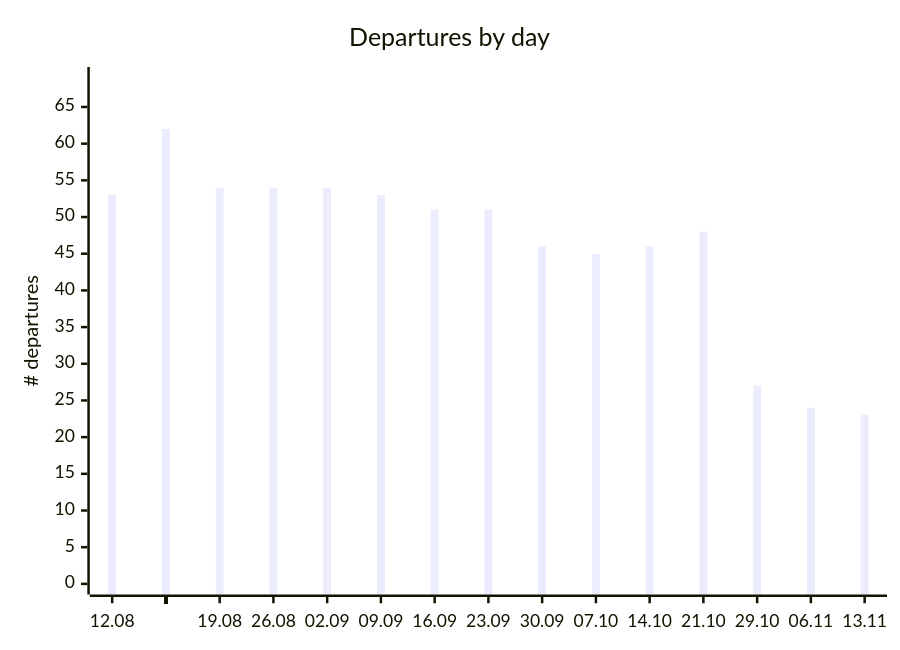
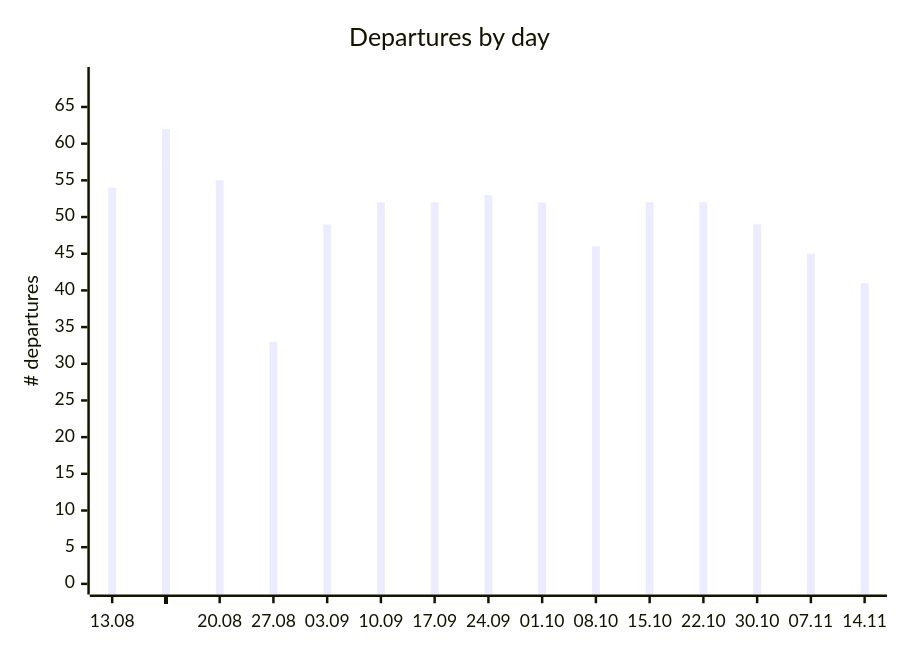
The first of 2 diagrams in README.md (rainermesi/tll-airport-departures), drawn with Mermaid before and after one commit. The commit also changed other lines of this file and 3 other files, not shown here.

````diff
--- a/README.md
+++ b/README.md
@@ -65,12 +65,12 @@
 ```mermaid
 ---
 xyChart:
     xAxis:
       labelFontSize: 8
 ---
 xychart-beta
     title "Departures by day"
-    x-axis ["12.08", " ", " ", " ", " ", " ", " ", "19.08", " ", " ", " ", " ", " ", " ", "26.08", " ", " ", " ", " ", " ", " ", "02.09", " ", " ", " ", " ", " ", " ", "09.09", " ", " ", " ", " ", " ", " ", "16.09", " ", " ", " ", " ", " ", " ", "23.09", " ", " ", " ", " ", " ", " ", "30.09", " ", " ", " ", " ", " ", " ", "07.10", " ", " ", " ", " ", " ", " ", "14.10", " ", " ", " ", " ", " ", " ", "21.10", " ", " ", " ", " ", " ", " ", "29.10", " ", " ", " ", " ", " ", " ", "06.11", " ", " ", " ", " ", "13.11"]
+    x-axis ["13.08", " ", " ", " ", " ", " ", " ", "20.08", " ", " ", " ", " ", " ", " ", "27.08", " ", " ", " ", " ", " ", " ", "03.09", " ", " ", " ", " ", " ", " ", "10.09", " ", " ", " ", " ", " ", " ", "17.09", " ", " ", " ", " ", " ", " ", "24.09", " ", " ", " ", " ", " ", " ", "01.10", " ", " ", " ", " ", " ", " ", "08.10", " ", " ", " ", " ", " ", " ", "15.10", " ", " ", " ", " ", " ", " ", "22.10", " ", " ", " ", " ", " ", " ", "30.10", " ", " ", " ", " ", " ", " ", "07.11", " ", " ", " ", " ", "14.11"]
     y-axis "# departures" 0 --> 69
-    bar [53, 54, 61, 48, 57, 60, 46, 54, 55, 60, 43, 58, 58, 48, 54, 33, 32, 34, 52, 54, 45, 54, 49, 62, 42, 56, 57, 48, 53, 52, 61, 44, 54, 56, 47, 51, 52, 59, 43, 52, 55, 46, 51, 53, 57, 40, 48, 54, 42, 46, 52, 54, 40, 48, 50, 36, 45, 46, 53, 35, 49, 50, 34, 46, 52, 58, 44, 55, 56, 46, 48, 52, 57, 46, 50, 46, 51, 27, 49, 49, 50, 44, 20, 43, 24, 45, 47, 38, 20, 23]
+    bar [54, 61, 48, 57, 60, 46, 54, 55, 60, 43, 58, 58, 48, 54, 33, 32, 34, 52, 54, 45, 54, 49, 62, 42, 56, 57, 48, 53, 52, 61, 44, 54, 56, 47, 51, 52, 59, 43, 52, 55, 46, 51, 53, 57, 40, 48, 54, 42, 46, 52, 54, 40, 48, 50, 36, 45, 46, 53, 35, 49, 50, 34, 46, 52, 58, 44, 55, 56, 46, 48, 52, 57, 46, 50, 46, 51, 27, 49, 49, 50, 44, 20, 43, 24, 45, 47, 38, 20, 23, 41]
 ```
````
